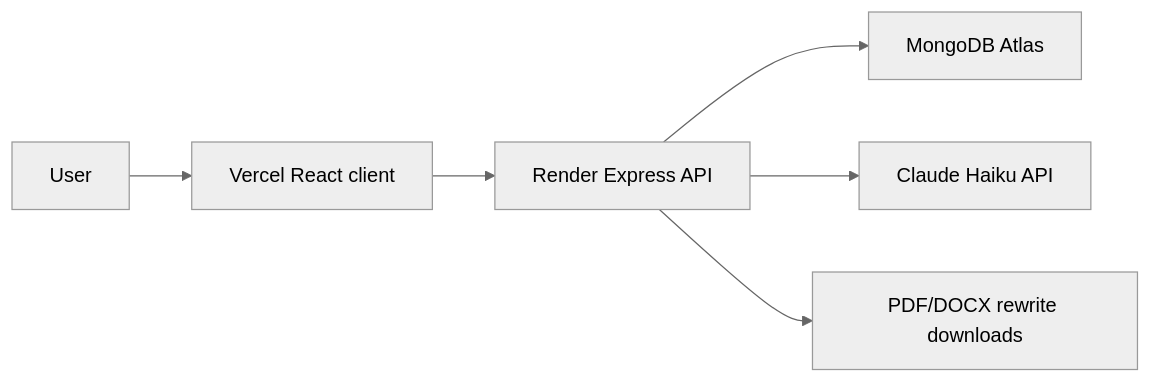
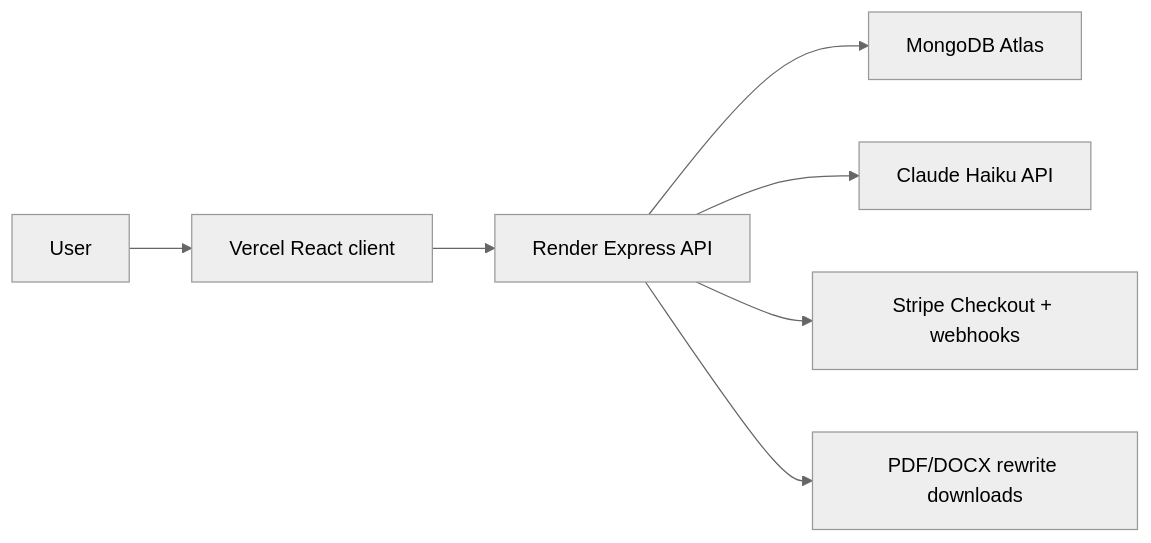
The diagram in README.md (Aashish-cs/ResumeRoast), drawn with Mermaid (neutral theme) before and after one commit. The commit also changed other lines of this file and 7 other files, not shown here.

````diff
--- a/README.md
+++ b/README.md
@@ -54,8 +58,9 @@
 ```mermaid
 flowchart LR
   U["User"] --> A["Vercel React client"]
   A --> B["Render Express API"]
   B --> C["MongoDB Atlas"]
   B --> D["Claude Haiku API"]
-  B --> E["PDF/DOCX rewrite downloads"]
+  B --> E["Stripe Checkout + webhooks"]
+  B --> F["PDF/DOCX rewrite downloads"]
 ```
````
